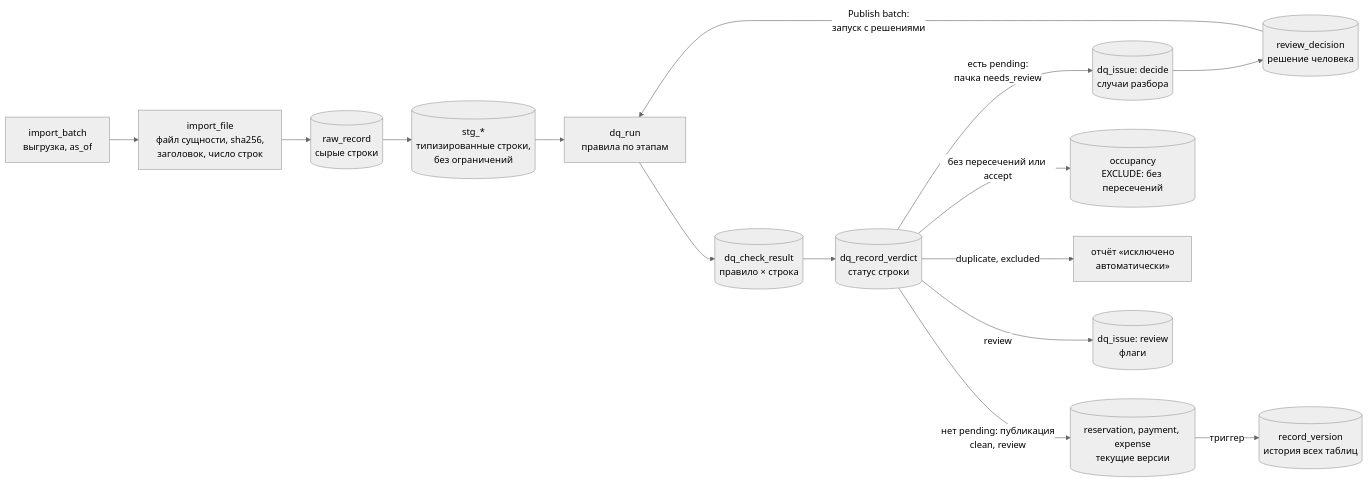
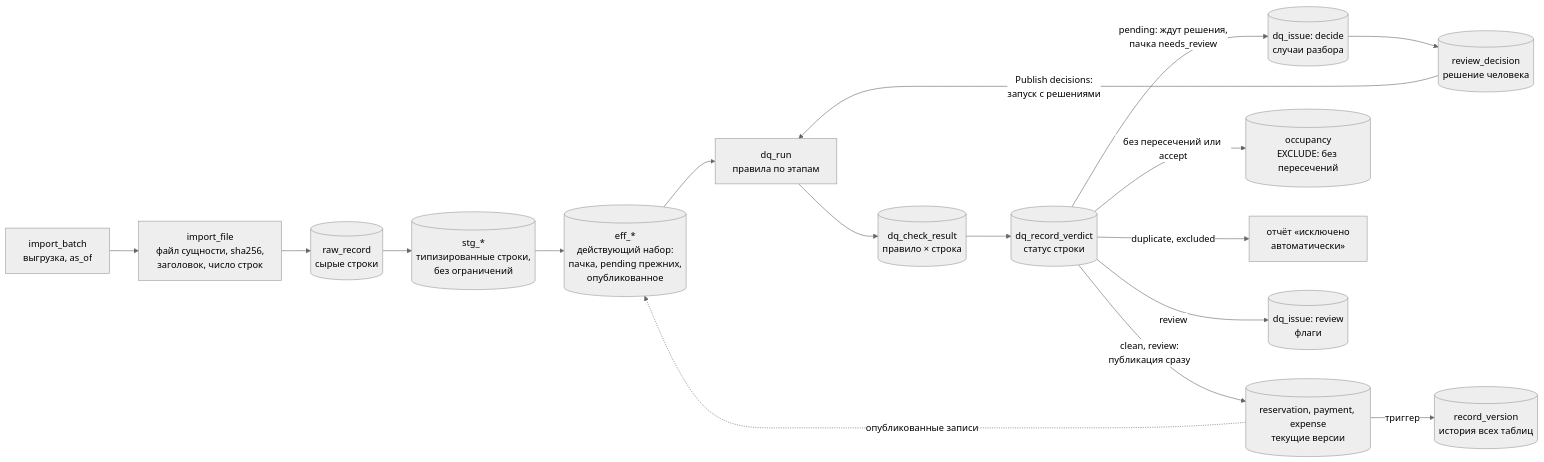
Before and after one commit to ProjectINT/business-system: the diagram in docs/VALIDATION_PLAN.md, drawn with Mermaid (neutral theme). The commit also changed other lines of this file and 24 other files, not shown here.

First line of the commit message:
🗃️ Init database schema

````diff
--- a/docs/VALIDATION_PLAN.md
+++ b/docs/VALIDATION_PLAN.md
@@ -20,17 +21,19 @@
 ```mermaid
 flowchart LR
   B["import_batch<br/>выгрузка, as_of"] --> F["import_file<br/>файл сущности, sha256,<br/>заголовок, число строк"]
   F --> RAW[("raw_record<br/>сырые строки")]
   RAW --> STG[("stg_*<br/>типизированные строки,<br/>без ограничений")]
-  STG --> RUN["dq_run<br/>правила по этапам"]
+  STG --> EFF[("eff_*<br/>действующий набор:<br/>пачка, pending прежних,<br/>опубликованное")]
+  CORE -.->|"опубликованные записи"| EFF
+  EFF --> RUN["dq_run<br/>правила по этапам"]
   RUN --> LOG[("dq_check_result<br/>правило × строка")]
   LOG --> VER[("dq_record_verdict<br/>статус строки")]
-  VER -->|"есть pending:<br/>пачка needs_review"| CASE[("dq_issue: decide<br/>случаи разбора")]
+  VER -->|"pending: ждут решения,<br/>пачка needs_review"| CASE[("dq_issue: decide<br/>случаи разбора")]
   CASE --> DEC[("review_decision<br/>решение человека")]
-  DEC -->|"Publish batch:<br/>запуск с решениями"| RUN
-  VER -->|"нет pending: публикация<br/>clean, review"| CORE[("reservation, payment, expense<br/>текущие версии")]
+  DEC -->|"Publish decisions:<br/>запуск с решениями"| RUN
+  VER -->|"clean, review:<br/>публикация сразу"| CORE[("reservation, payment, expense<br/>текущие версии")]
   CORE -->|"триггер"| HIST[("record_version<br/>история всех таблиц")]
   VER -->|"без пересечений или accept"| OCC[("occupancy<br/>EXCLUDE: без пересечений")]
   VER -->|"duplicate, excluded"| AUTO["отчёт «исключено<br/>автоматически»"]
   VER -->|"review"| ISS[("dq_issue: review<br/>флаги")]
 ```
````
